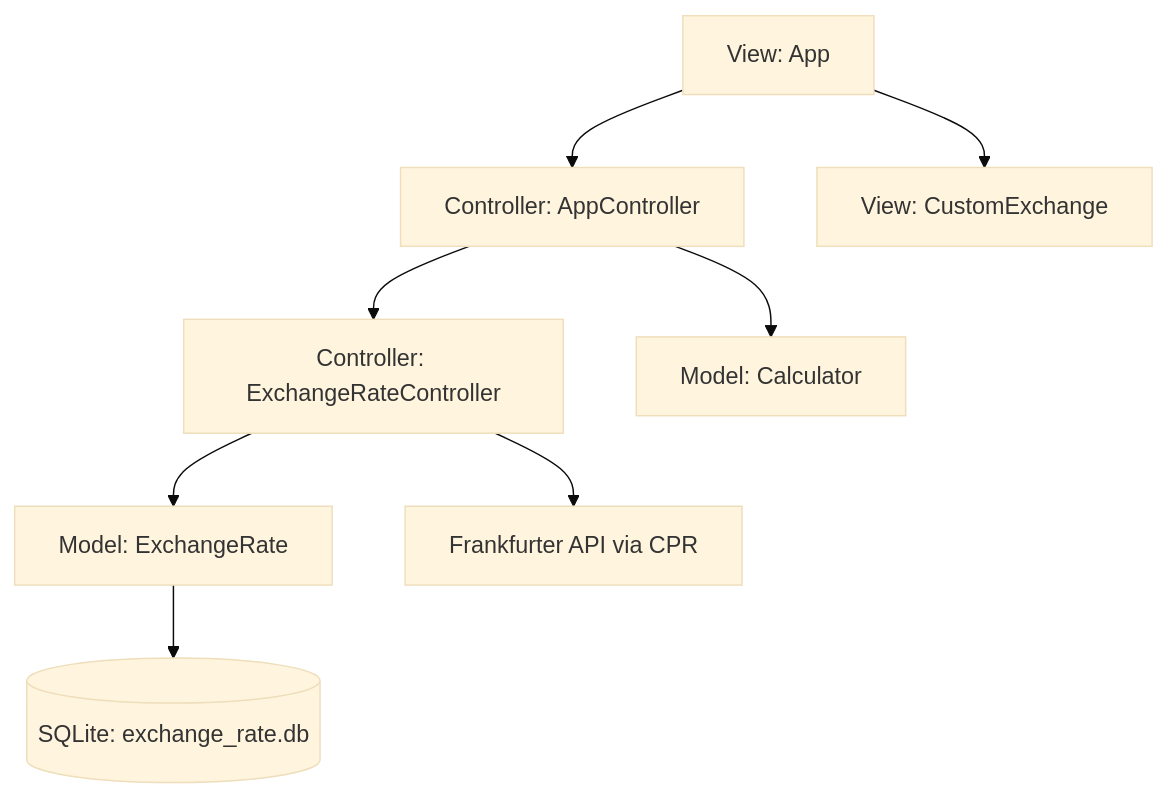
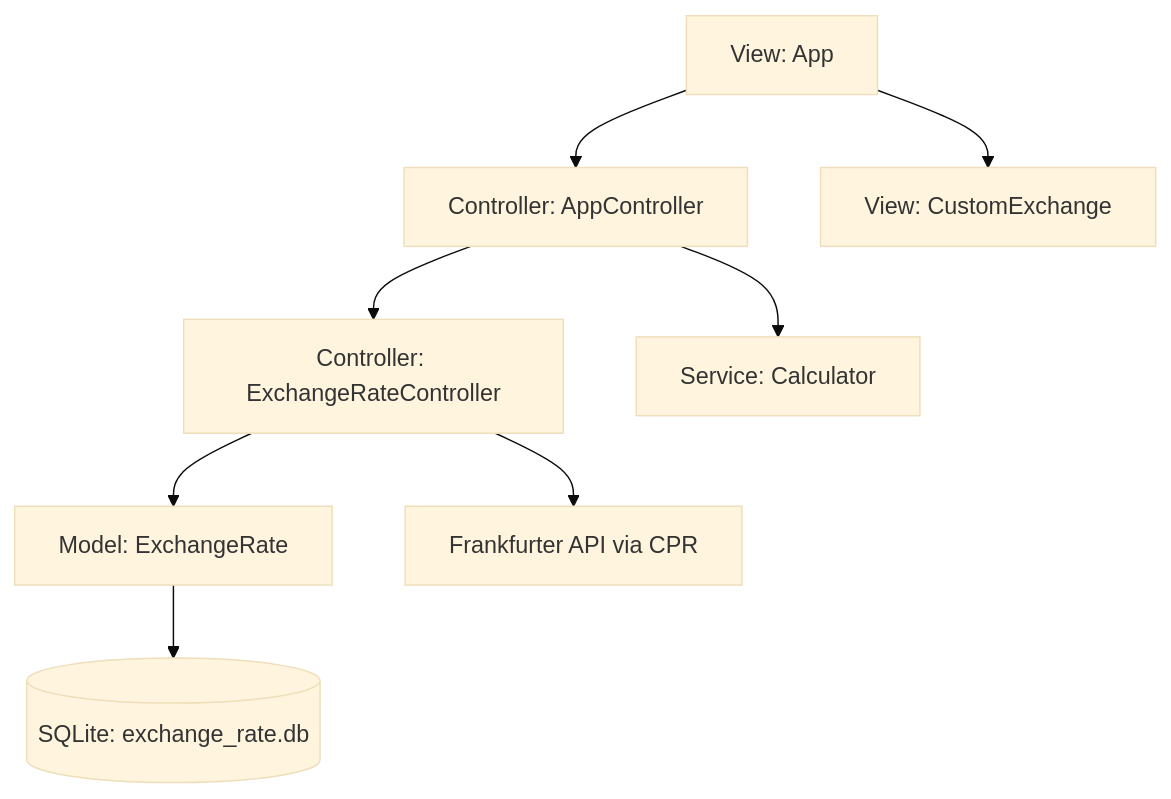
Before and after one commit to MallocNexus/calc_cli: the diagram in docs/exch-rate-extensions.md, drawn with Mermaid (base theme). The commit also changed other lines of this file and 16 other files, not shown here.

First line of the commit message:
Refactor calculator and parser components into service layer

````diff
--- a/docs/exch-rate-extensions.md
+++ b/docs/exch-rate-extensions.md
@@ -111,10 +111,10 @@
 ```mermaid
 graph TD
     A[View: App] --> B[Controller: AppController]
     A --> G[View: CustomExchange]
     B --> H[Controller: ExchangeRateController]
-    B --> C[Model: Calculator]
+    B --> C[Service: Calculator]
     H --> D[Model: ExchangeRate]
     H --> F[Frankfurter API via CPR]
     D --> E[(SQLite: exchange_rate.db)]
 ```
````
